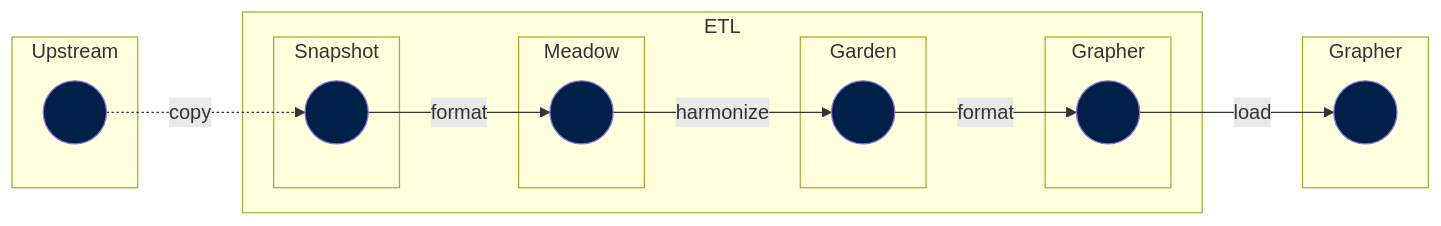
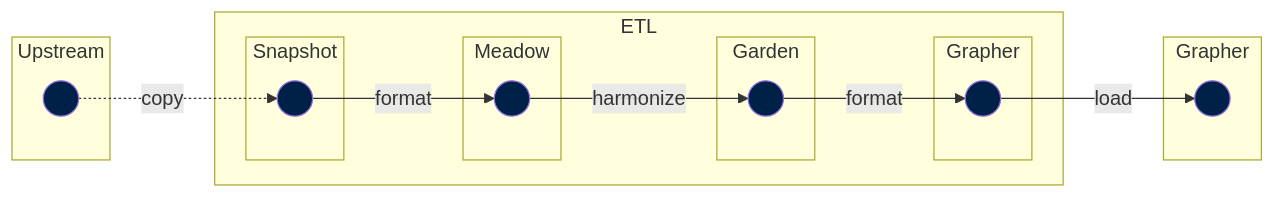
The fourth of 4 diagrams in docs/architecture/workflow/index.md (owid/etl), drawn with Mermaid before and after one commit. The commit also changed other lines of this file and 11 other files, not shown here.

````diff
--- a/docs/architecture/workflow/index.md
+++ b/docs/architecture/workflow/index.md
@@ -178,43 +178,43 @@
 ```mermaid
 flowchart LR
 
-    upstream1((____)):::node -.->|copy| snapshot1((____)):::node
-    snapshot1((____)):::node -->|format| meadow1((____)):::node
-    meadow1((____)):::node -->|harmonize| garden1((____)):::node
-    garden1((____)):::node -->|format| grapher1((____)):::node
-    grapher1((____)):::node -->|load| grapher2((____)):::node
+    upstream1((&nbsp;&nbsp;&nbsp;)):::node -.->|copy| snapshot1((&nbsp;&nbsp;&nbsp;)):::node
+    snapshot1((&nbsp;&nbsp;&nbsp;)):::node -->|format| meadow1((&nbsp;&nbsp;&nbsp;)):::node
+    meadow1((&nbsp;&nbsp;&nbsp;)):::node -->|harmonize| garden1((&nbsp;&nbsp;&nbsp;)):::node
+    garden1((&nbsp;&nbsp;&nbsp;)):::node -->|format| grapher1((&nbsp;&nbsp;&nbsp;)):::node
+    grapher1((&nbsp;&nbsp;&nbsp;)):::node -->|load| grapher2((&nbsp;&nbsp;&nbsp;)):::node
 
     subgraph id0 [Upstream]
     upstream1
     end
 
     subgraph id1 [Snapshot]
     snapshot1
     end
 
     subgraph id2 [Meadow]
     meadow1
     end
 
     subgraph id3 [Garden]
     garden1
     end
 
     subgraph id4 [Grapher]
     grapher1
     end
 
     subgraph id5 [Grapher]
     grapher2
     end
 
     subgraph id [ETL]
     id1
     id2
     id3
     id4
     end
 
     classDef node fill:#002147,color:#002147
     classDef node_ss fill:#002147,color:#fff
 ```
````
